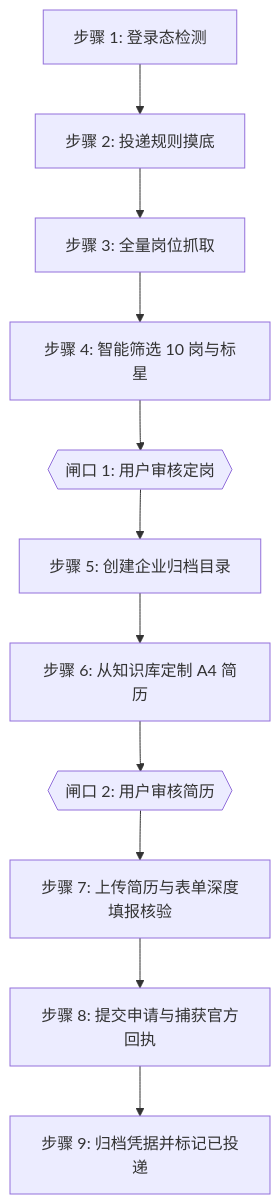
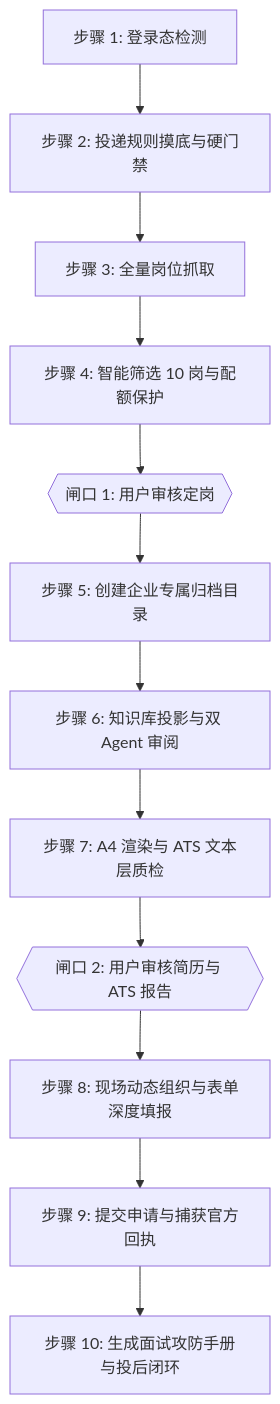
The diagram in SKILL.md (qingcheng66/job-application-pipeline), drawn with Mermaid before and after one commit. The commit also changed other lines of this file and 6 other files, not shown here.

````diff
--- a/SKILL.md
+++ b/SKILL.md
@@ -43,13 +47,14 @@
 ```mermaid
 flowchart TD
-    S1[步骤 1: 登录态检测] --> S2[步骤 2: 投递规则摸底]
+    S1[步骤 1: 登录态检测] --> S2[步骤 2: 投递规则摸底与硬门禁]
     S2 --> S3[步骤 3: 全量岗位抓取]
-    S3 --> S4[步骤 4: 智能筛选 10 岗与标星]
+    S3 --> S4[步骤 4: 智能筛选 10 岗与配额保护]
     S4 --> Gate1{{闸口 1: 用户审核定岗}}
-    Gate1 --> S5[步骤 5: 创建企业归档目录]
-    S5 --> S6[步骤 6: 从知识库定制 A4 简历]
-    S6 --> Gate2{{闸口 2: 用户审核简历}}
-    Gate2 --> S7[步骤 7: 上传简历与表单深度填报核验]
-    S7 --> S8[步骤 8: 提交申请与捕获官方回执]
-    S8 --> S9[步骤 9: 归档凭据并标记已投递]
+    Gate1 --> S5[步骤 5: 创建企业专属归档目录]
+    S5 --> S6[步骤 6: 知识库投影与双 Agent 审阅]
+    S6 --> S7[步骤 7: A4 渲染与 ATS 文本层质检]
+    S7 --> Gate2{{闸口 2: 用户审核简历与 ATS 报告}}
+    Gate2 --> S8[步骤 8: 现场动态组织与表单深度填报]
+    S8 --> S9[步骤 9: 提交申请与捕获官方回执]
+    S9 --> S10[步骤 10: 生成面试攻防手册与投后闭环]
 ```
````
